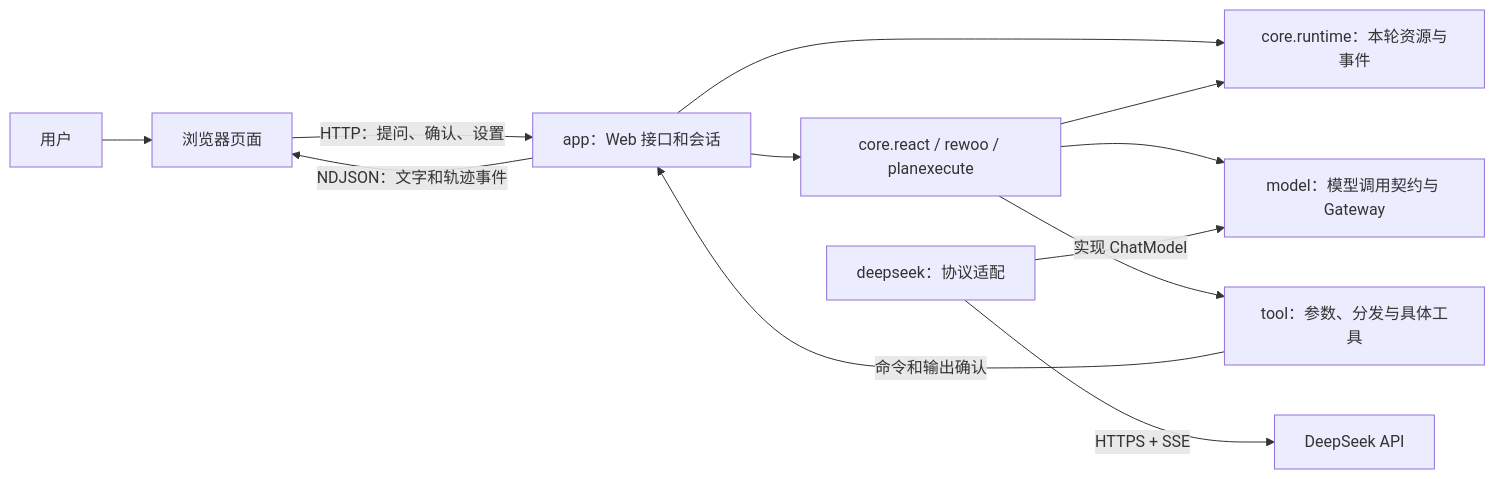
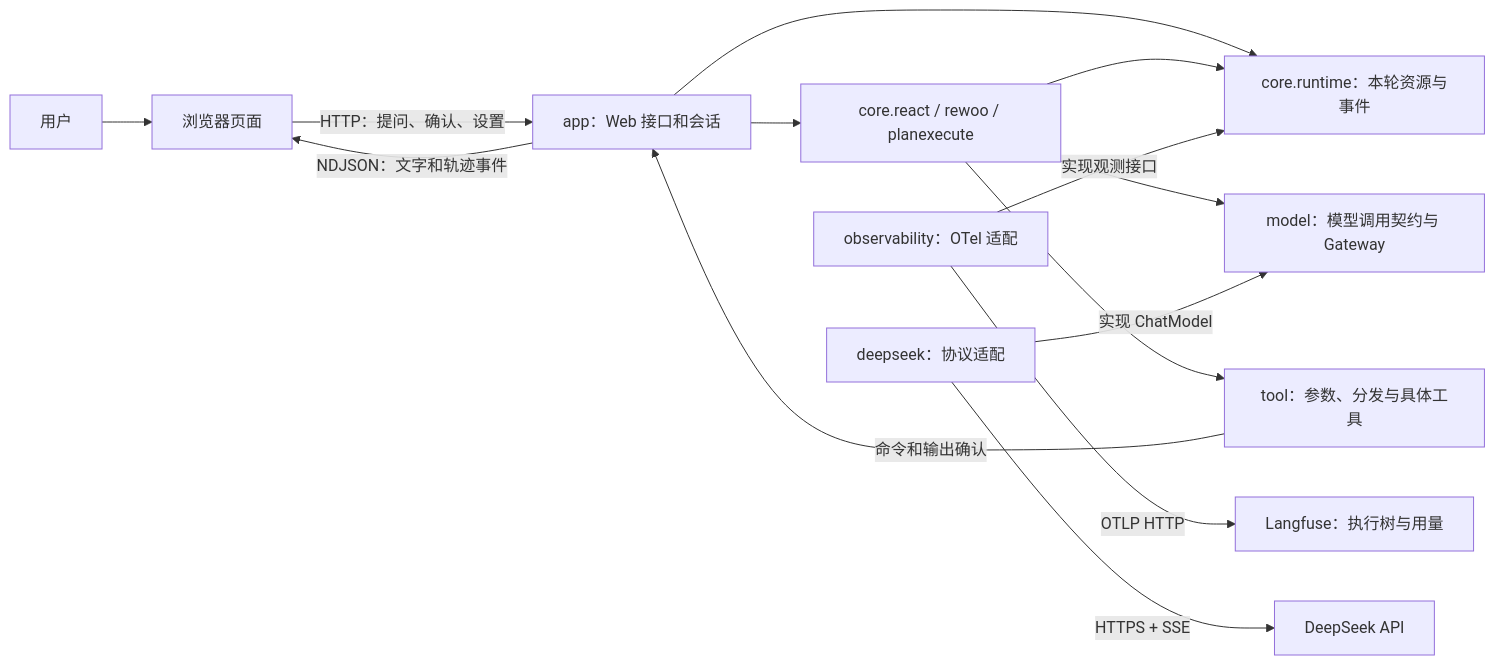
The diagram in learning-artifacts/agent-loop/docs/01-architecture.md (GLBB/ai-engineering-from-scratch), drawn with Mermaid before and after one commit. The commit also changed other lines of this file and 75 other files, not shown here.

````diff
--- a/learning-artifacts/agent-loop/docs/01-architecture.md
+++ b/learning-artifacts/agent-loop/docs/01-architecture.md
@@ -13,14 +13,16 @@
 ```mermaid
 flowchart LR
     User[用户] --> Browser[浏览器页面]
     Browser -->|HTTP：提问、确认、设置| App[app：Web 接口和会话]
     App -->|NDJSON：文字和轨迹事件| Browser
     App --> Strategies[core.react / rewoo / planexecute]
     App --> Runtime[core.runtime：本轮资源与事件]
     Strategies --> Runtime
+    Observability[observability：OTel 适配] -->|实现观测接口| Runtime
+    Observability -->|OTLP HTTP| Langfuse[Langfuse：执行树与用量]
     Strategies --> Model[model：模型调用契约与 Gateway]
     Strategies --> Tools[tool：参数、分发与具体工具]
     Provider[deepseek：协议适配] -->|实现 ChatModel| Model
     Provider -->|HTTPS + SSE| DeepSeek[DeepSeek API]
     Tools -->|命令和输出确认| App
 ```
````
